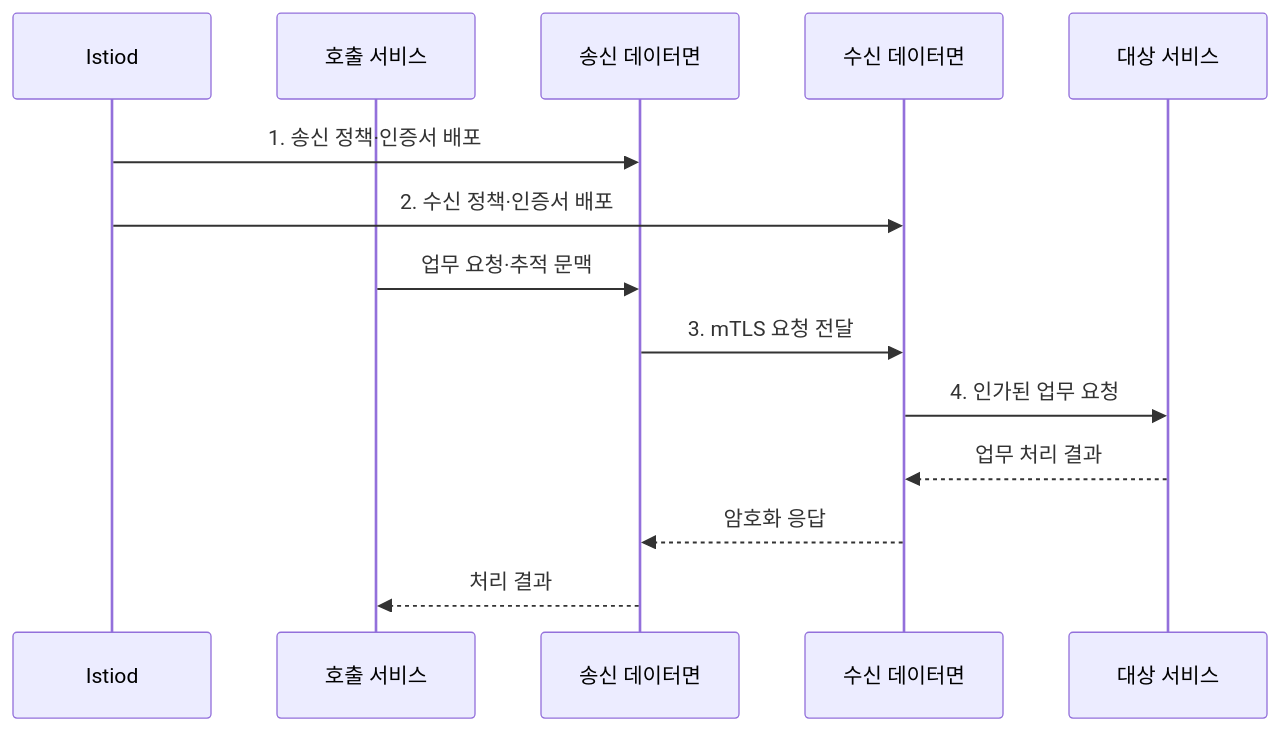
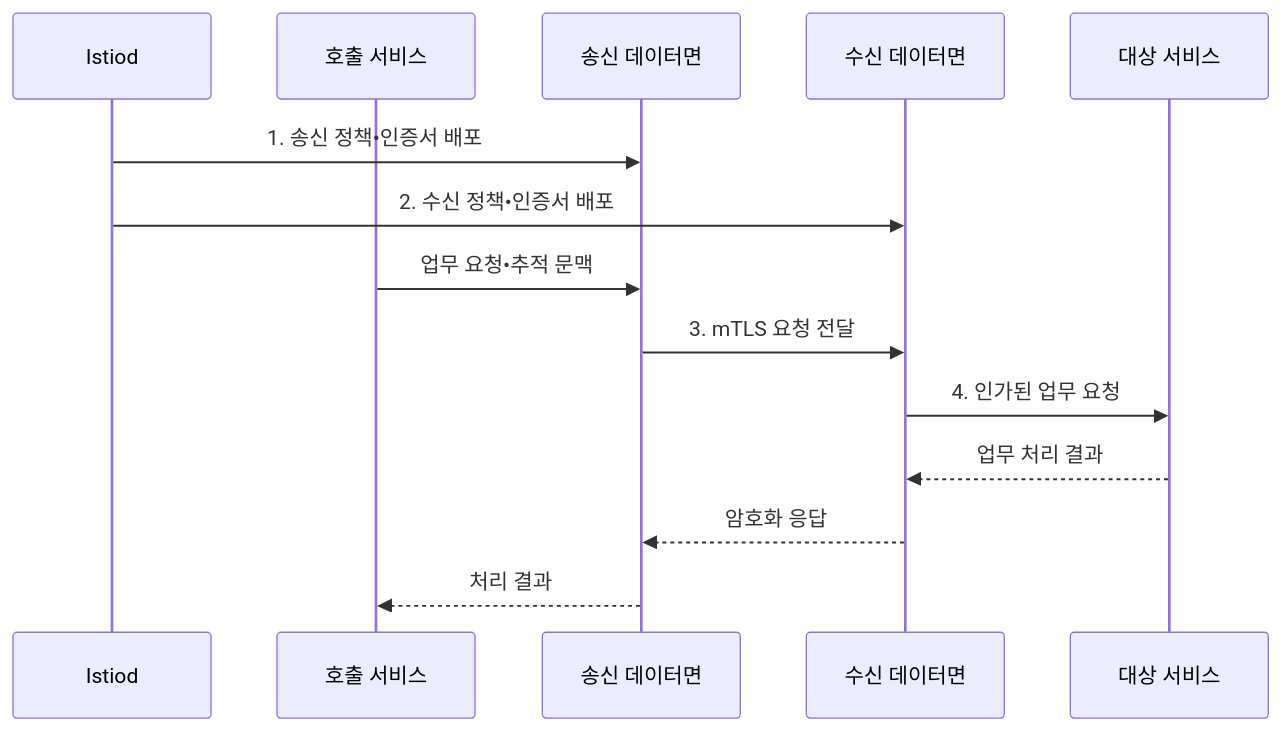
One commit to agnusdei1207/knowledge-base changed the second of 2 diagrams in src/content/docs/notes/03-software/160_istio_service_mesh.md. Above: the diagram before and after it, drawn with Mermaid. The commit also changed other lines of this file and 953 other files, not shown here.

````diff
--- a/src/content/docs/notes/03-software/160_istio_service_mesh.md
+++ b/src/content/docs/notes/03-software/160_istio_service_mesh.md
@@ -108,16 +108,16 @@
 ```mermaid
 sequenceDiagram
     participant I as Istiod
     participant A as 호출 서비스
     participant S as 송신 데이터면
     participant D as 수신 데이터면
     participant B as 대상 서비스
-    I->>S: 1. 송신 정책·인증서 배포
-    I->>D: 2. 수신 정책·인증서 배포
-    A->>S: 업무 요청·추적 문맥
+    I->>S: 1. 송신 정책•인증서 배포
+    I->>D: 2. 수신 정책•인증서 배포
+    A->>S: 업무 요청•추적 문맥
     S->>D: 3. mTLS 요청 전달
     D->>B: 4. 인가된 업무 요청
     B-->>D: 업무 처리 결과
     D-->>S: 암호화 응답
     S-->>A: 처리 결과
 ```
````
